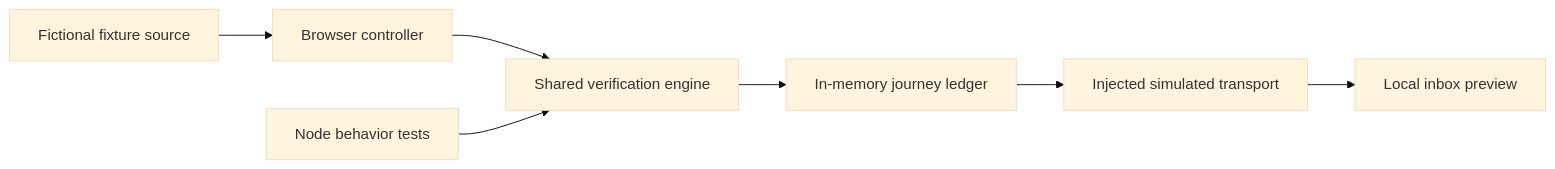
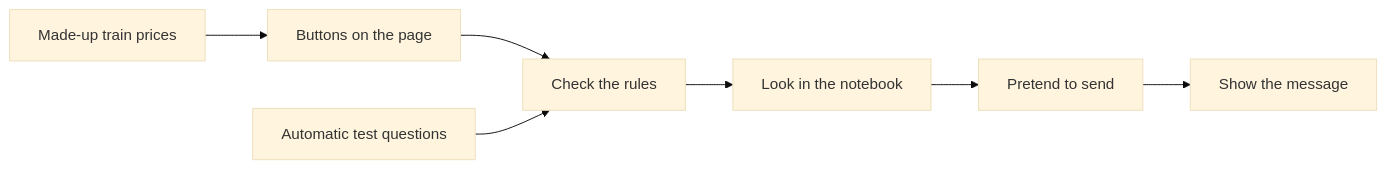
Before and after one commit to annamariadirella-coder/fare-signal: the diagram in docs/ARCHITECTURE.md, drawn with Mermaid (base theme). The commit also changed other lines of this file and 16 other files, not shown here.

````diff
--- a/docs/ARCHITECTURE.md
+++ b/docs/ARCHITECTURE.md
@@ -5,9 +7,9 @@
 ```mermaid
 flowchart LR
-  F[Fictional fixture source] --> A[Browser controller]
-  A --> E[Shared verification engine]
-  T[Node behavior tests] --> E
-  E --> L[In-memory journey ledger]
-  L --> M[Injected simulated transport]
-  M --> I[Local inbox preview]
+  A[Made-up train prices] --> B[Buttons on the page]
+  B --> C[Check the rules]
+  T[Automatic test questions] --> C
+  C --> D[Look in the notebook]
+  D --> E[Pretend to send]
+  E --> F[Show the message]
 ```
````
